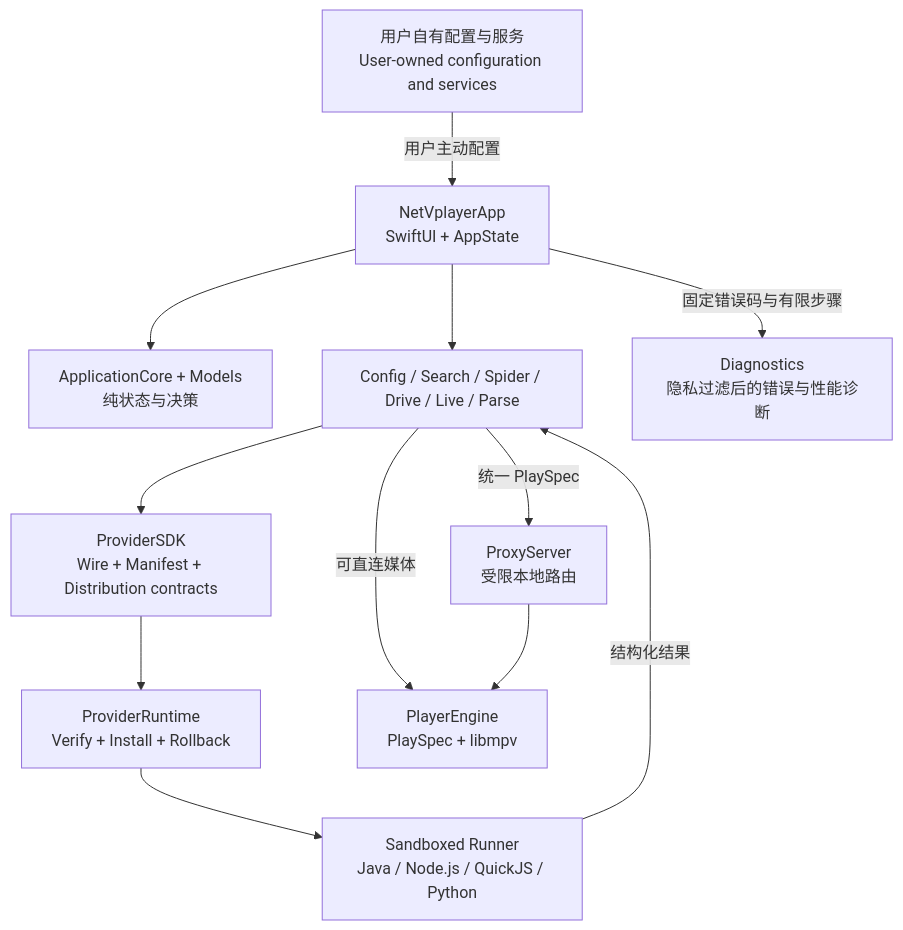
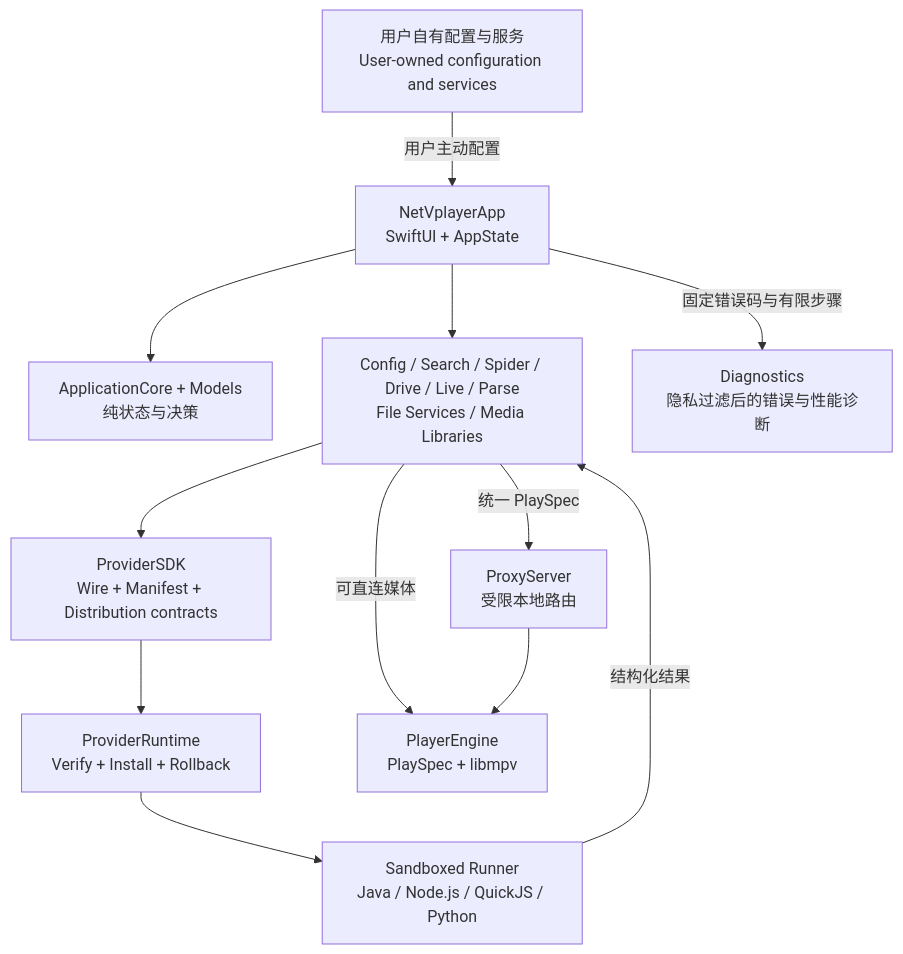
One commit to spudhero/NetVplayer changed the diagram in README.md. Above: the diagram before and after it, drawn with Mermaid. The commit also changed other lines of this file and 392 other files, not shown here.

````diff
--- a/README.md
+++ b/README.md
@@ -77,25 +94,25 @@
 ```mermaid
 flowchart TB
     User[用户自有配置与服务<br>User-owned configuration and services]
     App[NetVplayerApp<br>SwiftUI + AppState]
     Core[ApplicationCore + Models<br>纯状态与决策]
-    Engines[Config / Search / Spider / Drive / Live / Parse]
+    Engines[Config / Search / Spider / Drive / Live / Parse<br>File Services / Media Libraries]
     SDK[ProviderSDK<br>Wire + Manifest + Distribution contracts]
     Runtime[ProviderRuntime<br>Verify + Install + Rollback]
     Runner[Sandboxed Runner<br>Java / Node.js / QuickJS / Python]
     Proxy[ProxyServer<br>受限本地路由]
     Player[PlayerEngine<br>PlaySpec + libmpv]
     Diagnostics[Diagnostics<br>隐私过滤后的错误与性能诊断]
 
     User -->|用户主动配置| App
     App --> Core
     App --> Engines
     Engines --> SDK
     SDK --> Runtime
     Runtime --> Runner
     Runner -->|结构化结果| Engines
     Engines -->|统一 PlaySpec| Proxy
     Engines -->|可直连媒体| Player
     Proxy --> Player
     App -->|固定错误码与有限步骤| Diagnostics
 ```
````
